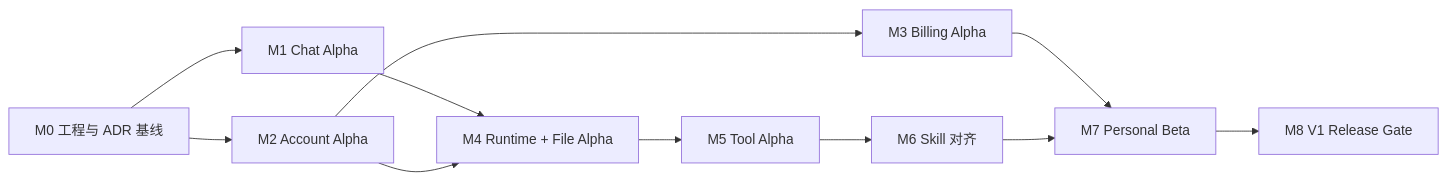
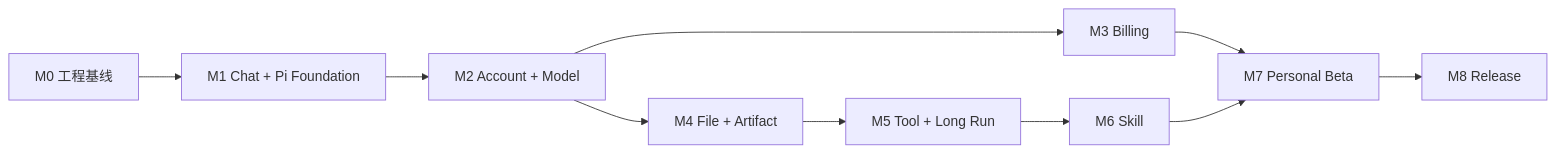
The diagram in docs/v2/13-development-plan.md (openerserver/openerx), drawn with Mermaid before and after one commit. The commit also changed other lines of this file and 81 other files, not shown here.

````diff
--- a/docs/v2/13-development-plan.md
+++ b/docs/v2/13-development-plan.md
@@ -88,13 +46,12 @@
 ```mermaid
 flowchart LR
-  M0["M0 工程与 ADR 基线"] --> M1["M1 Chat Alpha"]
-  M0 --> M2["M2 Account Alpha"]
-  M1 --> M4["M4 Runtime + File Alpha"]
-  M2 --> M3["M3 Billing Alpha"]
-  M2 --> M4
-  M4 --> M5["M5 Tool Alpha"]
-  M5 --> M6["M6 Skill 对齐"]
+  M0["M0 工程基线"] --> M1["M1 Chat + Pi Foundation"]
+  M1 --> M2["M2 Account + Model"]
+  M2 --> M3["M3 Billing"]
+  M2 --> M4["M4 File + Artifact"]
+  M4 --> M5["M5 Tool + Long Run"]
+  M5 --> M6["M6 Skill"]
   M3 --> M7["M7 Personal Beta"]
   M6 --> M7
-  M7 --> M8["M8 V1 Release Gate"]
+  M7 --> M8["M8 Release"]
 ```
````
